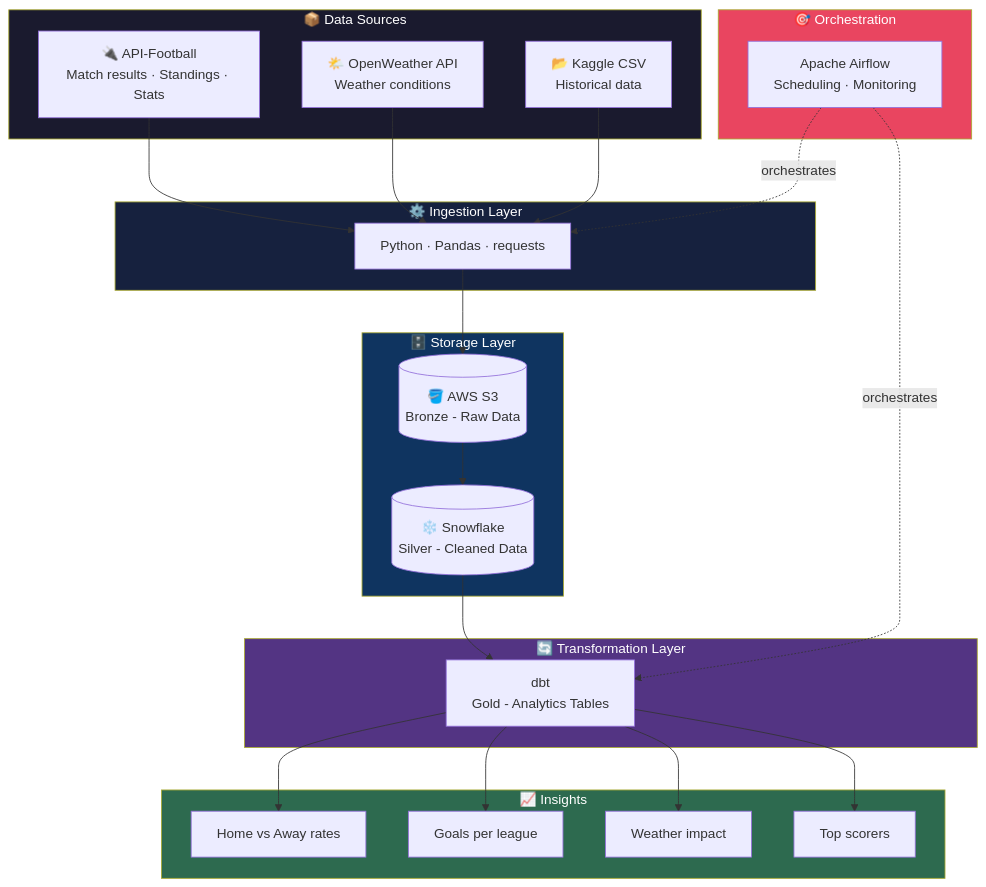
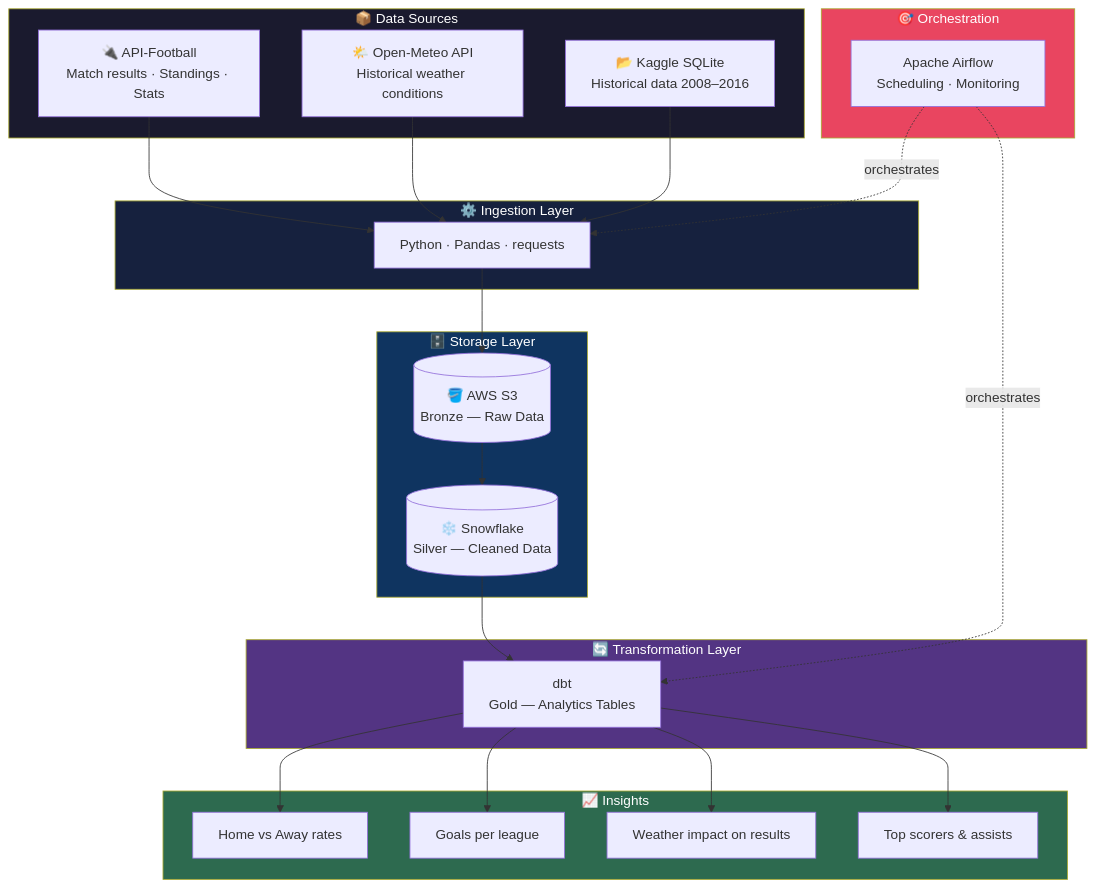
The first of 4 diagrams in README.md (Elie-dev25/European-Football), drawn with Mermaid before and after one commit. The commit also changed other lines of this file and 3 other files, not shown here.

````diff
--- a/README.md
+++ b/README.md
@@ -30,52 +86,52 @@
 ```mermaid
 flowchart TD
     subgraph Sources["📦 Data Sources"]
         A[🔌 API-Football\nMatch results · Standings · Stats]
-        B[🌤️ OpenWeather API\nWeather conditions]
-        C[📂 Kaggle CSV\nHistorical data]
+        B[🌤️ Open-Meteo API\nHistorical weather conditions]
+        C[📂 Kaggle SQLite\nHistorical data 2008–2016]
     end
 
     subgraph Ingestion["⚙️ Ingestion Layer"]
         D[Python · Pandas · requests]
     end
 
     subgraph Storage["🗄️ Storage Layer"]
-        E[(🪣 AWS S3\nBronze - Raw Data)]
-        F[(❄️ Snowflake\nSilver - Cleaned Data)]
+        E[(🪣 AWS S3\nBronze — Raw Data)]
+        F[(❄️ Snowflake\nSilver — Cleaned Data)]
     end
 
     subgraph Transformation["🔄 Transformation Layer"]
-        G[dbt\nGold - Analytics Tables]
+        G[dbt\nGold — Analytics Tables]
     end
 
     subgraph Orchestration["🎯 Orchestration"]
         H[Apache Airflow\nScheduling · Monitoring]
     end
 
     subgraph Insights["📈 Insights"]
         I[Home vs Away rates]
         J[Goals per league]
-        K[Weather impact]
-        L[Top scorers]
+        K[Weather impact on results]
+        L[Top scorers & assists]
     end
 
     A --> D
     B --> D
     C --> D
     D --> E
     E --> F
     F --> G
     G --> I
     G --> J
     G --> K
     G --> L
     H -.->|orchestrates| D
     H -.->|orchestrates| G
 
     style Sources fill:#1a1a2e,color:#fff
     style Ingestion fill:#16213e,color:#fff
     style Storage fill:#0f3460,color:#fff
     style Transformation fill:#533483,color:#fff
     style Orchestration fill:#e94560,color:#fff
     style Insights fill:#2d6a4f,color:#fff
 ```
````
